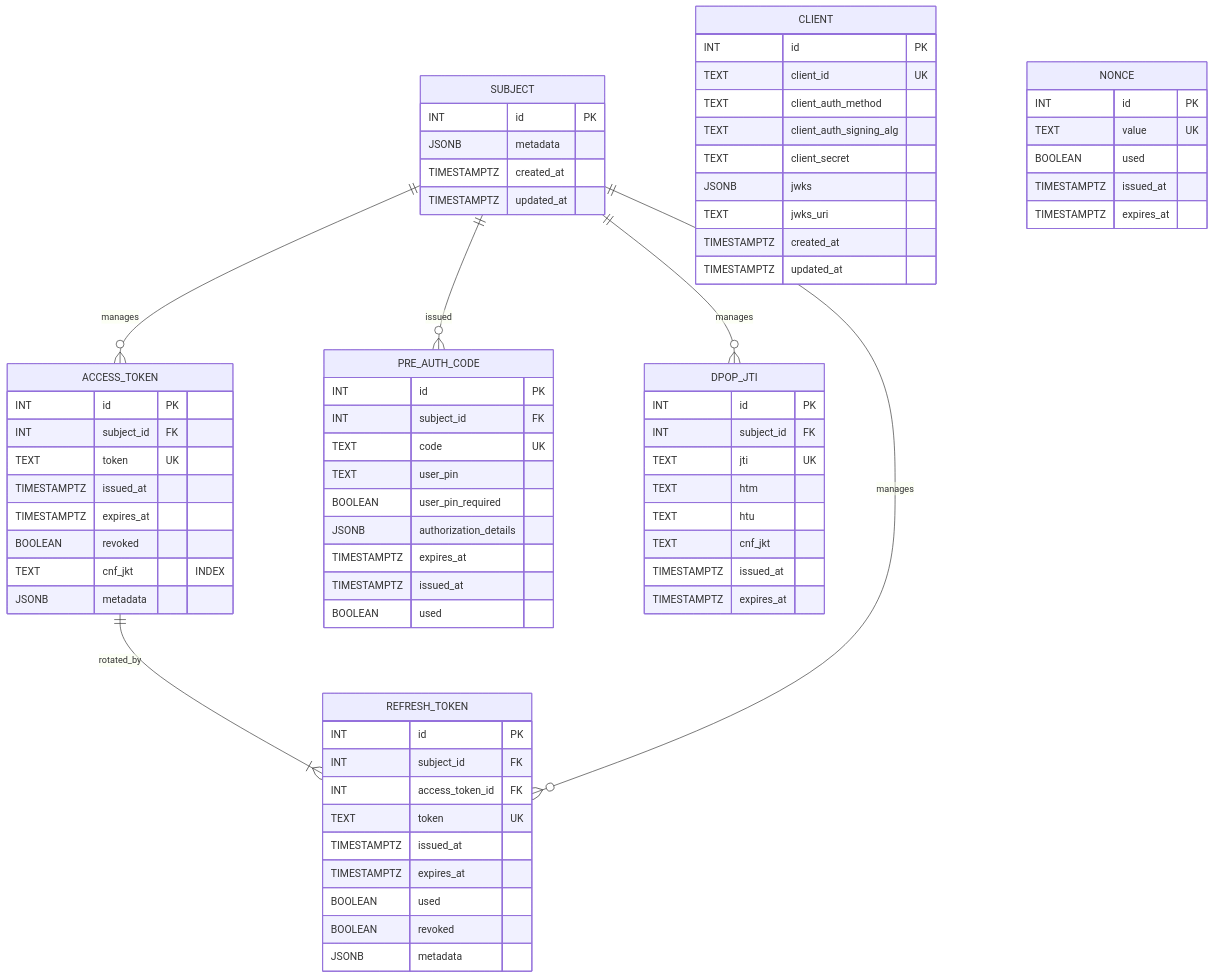
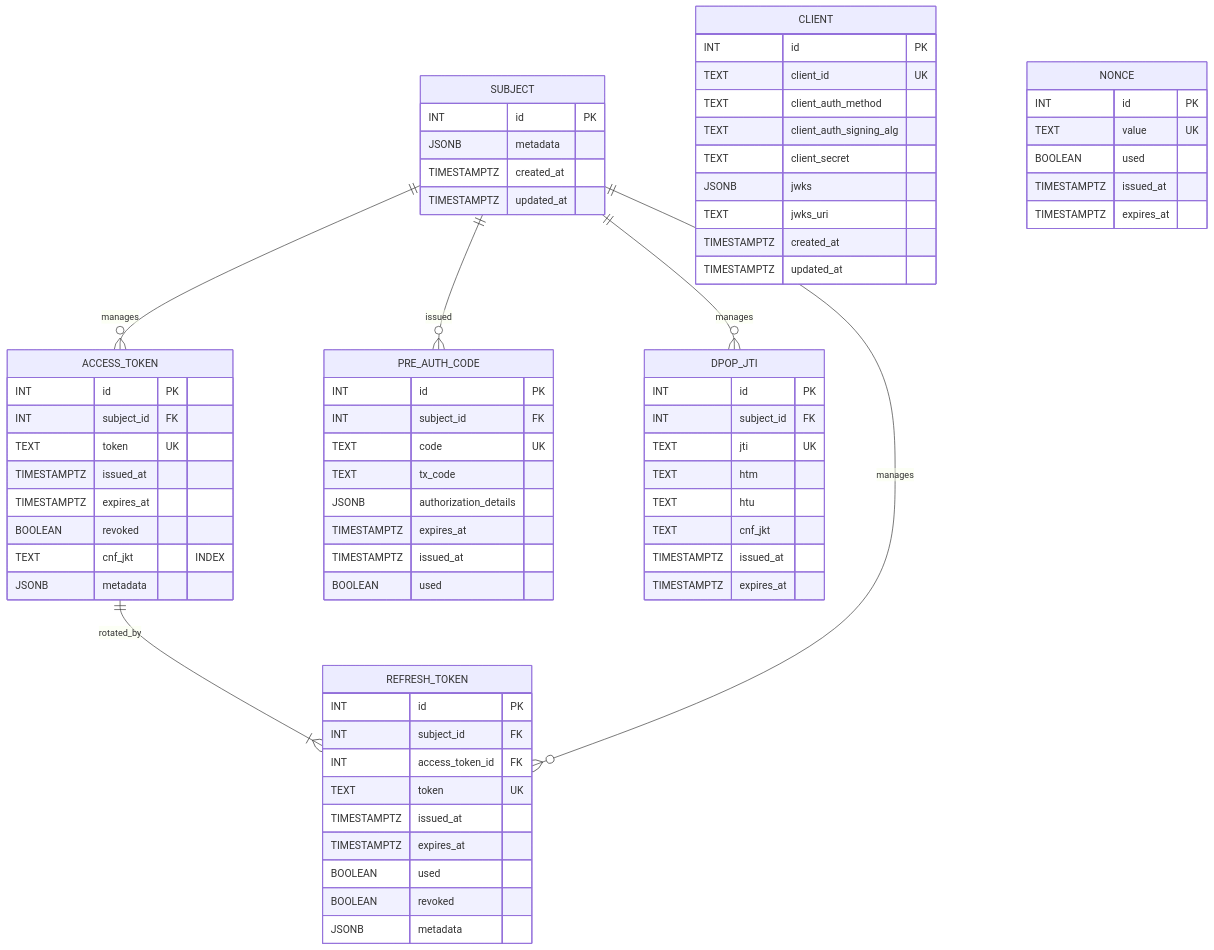
One commit to openwallet-foundation/acapy-plugins changed the seventh of 7 diagrams in oid4vc/auth_server/docs/auth-server-design.md. Above: the diagram before and after it, drawn with Mermaid. The commit also changed other lines of this file and 53 other files, not shown here.

````diff
--- a/oid4vc/auth_server/docs/auth-server-design.md
+++ b/oid4vc/auth_server/docs/auth-server-design.md
@@ -674,82 +673,81 @@
 ```mermaid
 erDiagram
     ACCESS_TOKEN ||--|{ REFRESH_TOKEN : rotated_by
     SUBJECT ||--o{ PRE_AUTH_CODE : issued
     SUBJECT ||--o{ ACCESS_TOKEN : manages
     SUBJECT ||--o{ REFRESH_TOKEN : manages
     SUBJECT ||--o{ DPOP_JTI : manages
     CLIENT
 
     SUBJECT {
         INT id PK
         JSONB metadata
         TIMESTAMPTZ created_at
         TIMESTAMPTZ updated_at
     }
 
     PRE_AUTH_CODE {
         INT id PK
         INT subject_id FK
         TEXT code UK
-        TEXT user_pin
-        BOOLEAN user_pin_required
+      TEXT tx_code
         JSONB authorization_details
         TIMESTAMPTZ expires_at
         TIMESTAMPTZ issued_at
         BOOLEAN used
     }
 
     ACCESS_TOKEN {
         INT id PK
         INT subject_id FK
         TEXT token UK
         TIMESTAMPTZ issued_at
         TIMESTAMPTZ expires_at
         BOOLEAN revoked
         TEXT cnf_jkt "INDEX"
         JSONB metadata
     }
 
     REFRESH_TOKEN {
         INT id PK
         INT subject_id FK
         INT access_token_id FK
         TEXT token UK
         TIMESTAMPTZ issued_at
         TIMESTAMPTZ expires_at
         BOOLEAN used
         BOOLEAN revoked
         JSONB metadata
     }
 
     DPOP_JTI {
         INT id PK
         INT subject_id FK
         TEXT jti UK
         TEXT htm
         TEXT htu
         TEXT cnf_jkt
         TIMESTAMPTZ issued_at
         TIMESTAMPTZ expires_at
     }
 
     NONCE {
         INT id PK
         TEXT value UK
         BOOLEAN used
         TIMESTAMPTZ issued_at
         TIMESTAMPTZ expires_at
     }
 
     CLIENT {
         INT id PK
         TEXT client_id UK
         TEXT client_auth_method
         TEXT client_auth_signing_alg
         TEXT client_secret
         JSONB jwks
         TEXT jwks_uri
         TIMESTAMPTZ created_at
         TIMESTAMPTZ updated_at
     }
 ```
````
